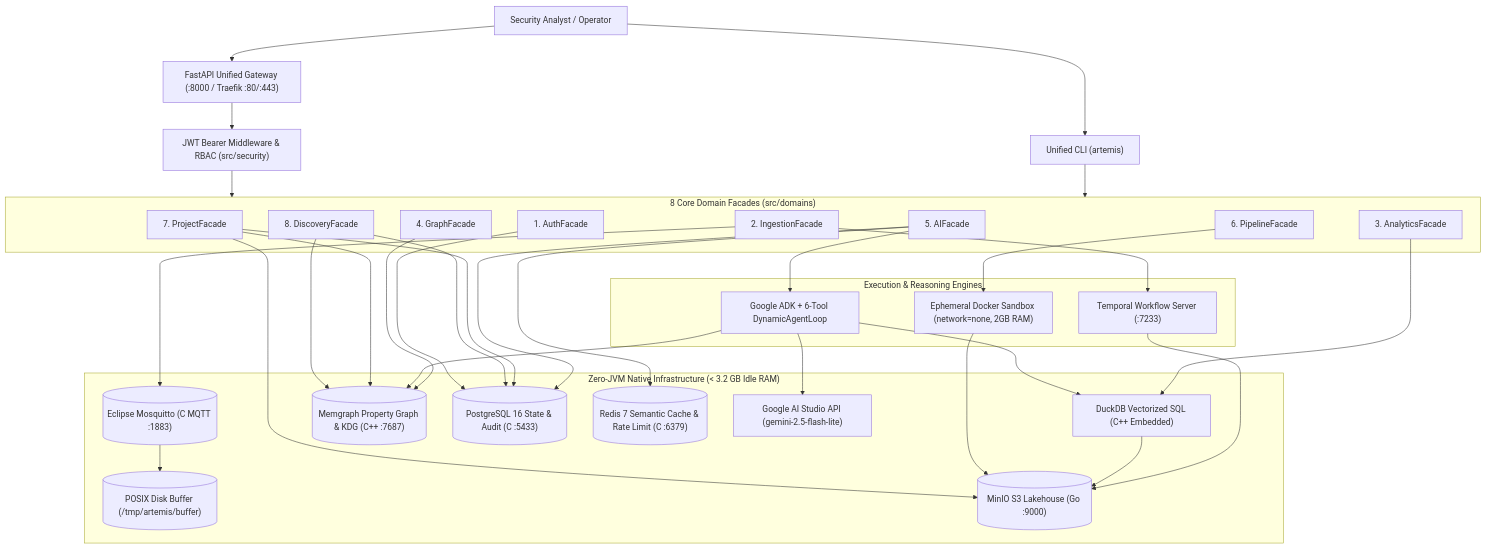
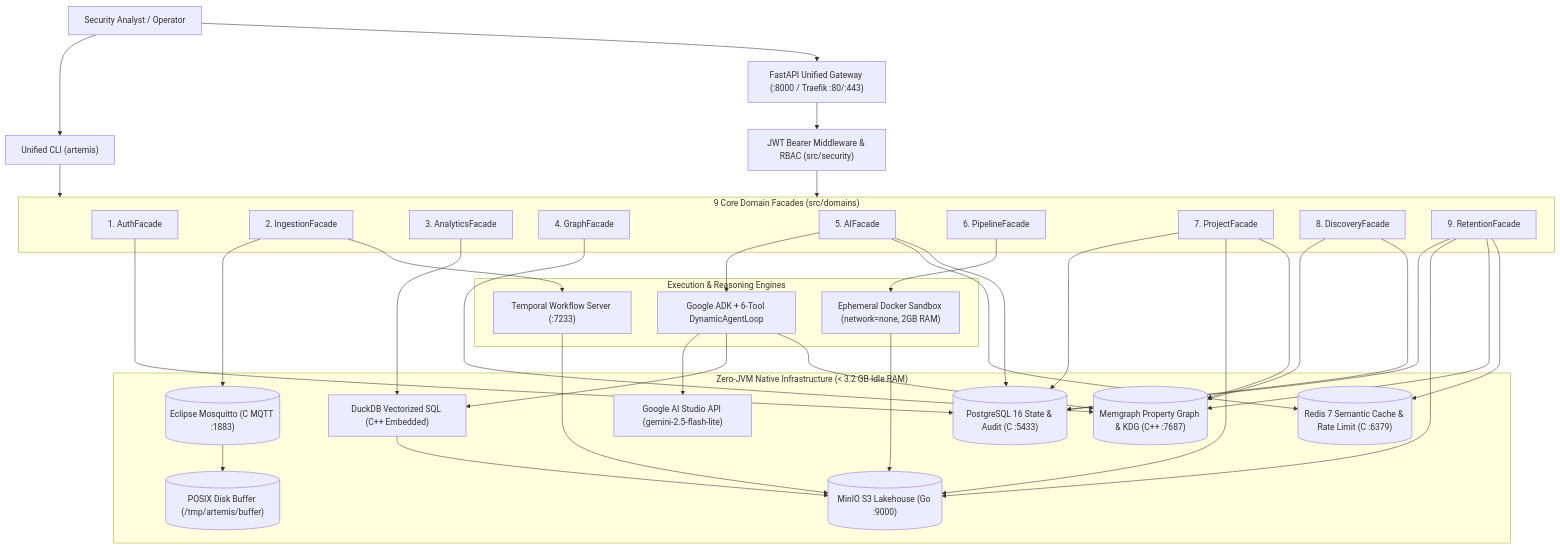
One commit to dotness/Poor-Mans-Defense-Lakehouse changed the diagram in docs/README.md. Above: the diagram before and after it, drawn with Mermaid. The commit also changed other lines of this file and 65 other files, not shown here.

````diff
--- a/docs/README.md
+++ b/docs/README.md
@@ -39,63 +40,68 @@
 ```mermaid
 flowchart TD
     Analyst["Security Analyst / Operator"]
     CLI["Unified CLI (artemis)"]
     Gateway["FastAPI Unified Gateway (:8000 / Traefik :80/:443)"]
     AuthLayer["JWT Bearer Middleware & RBAC (src/security)"]
 
-    subgraph Domains ["8 Core Domain Facades (src/domains)"]
+    subgraph Domains ["9 Core Domain Facades (src/domains)"]
         DAuth["1. AuthFacade"]
         DIngest["2. IngestionFacade"]
         DAnalytics["3. AnalyticsFacade"]
         DGraph["4. GraphFacade"]
         DAI["5. AIFacade"]
         DPipeline["6. PipelineFacade"]
         DProject["7. ProjectFacade"]
         DDiscovery["8. DiscoveryFacade"]
+        DRetention["9. RetentionFacade"]
     end
 
     subgraph Orchestration ["Execution & Reasoning Engines"]
         Temporal["Temporal Workflow Server (:7233)"]
         ADK["Google ADK + 6-Tool DynamicAgentLoop"]
         Sandbox["Ephemeral Docker Sandbox (network=none, 2GB RAM)"]
     end
 
     subgraph ZeroJVMStorage ["Zero-JVM Native Infrastructure (< 3.2 GB Idle RAM)"]
         Mosquitto[("Eclipse Mosquitto (C MQTT :1883)")]
         Buffer[("POSIX Disk Buffer (/tmp/artemis/buffer)")]
         MinIO[("MinIO S3 Lakehouse (Go :9000)")]
         DuckDB["DuckDB Vectorized SQL (C++ Embedded)"]
         Memgraph[("Memgraph Property Graph & KDG (C++ :7687)")]
         Postgres[("PostgreSQL 16 State & Audit (C :5433)")]
         Redis[("Redis 7 Semantic Cache & Rate Limit (C :6379)")]
         Gemini["Google AI Studio API (gemini-2.5-flash-lite)"]
     end
 
     Analyst --> CLI
     Analyst --> Gateway
     CLI --> Domains
     Gateway --> AuthLayer
     AuthLayer --> Domains
 
     DIngest --> Mosquitto
     Mosquitto --> Buffer
     DIngest --> Temporal
     Temporal --> MinIO
     DAnalytics --> DuckDB
     DuckDB --> MinIO
     DGraph --> Memgraph
     DAI --> ADK
     ADK --> Gemini
     ADK --> DuckDB
     ADK --> Memgraph
     DAI --> Redis
     DAI --> Postgres
     DPipeline --> Sandbox
     Sandbox --> MinIO
     DProject --> Postgres
     DProject --> MinIO
     DProject --> Memgraph
     DDiscovery --> Memgraph
     DDiscovery --> Postgres
+    DRetention --> Postgres
+    DRetention --> MinIO
+    DRetention --> Memgraph
+    DRetention --> Redis
     DAuth --> Postgres
 ```
````
